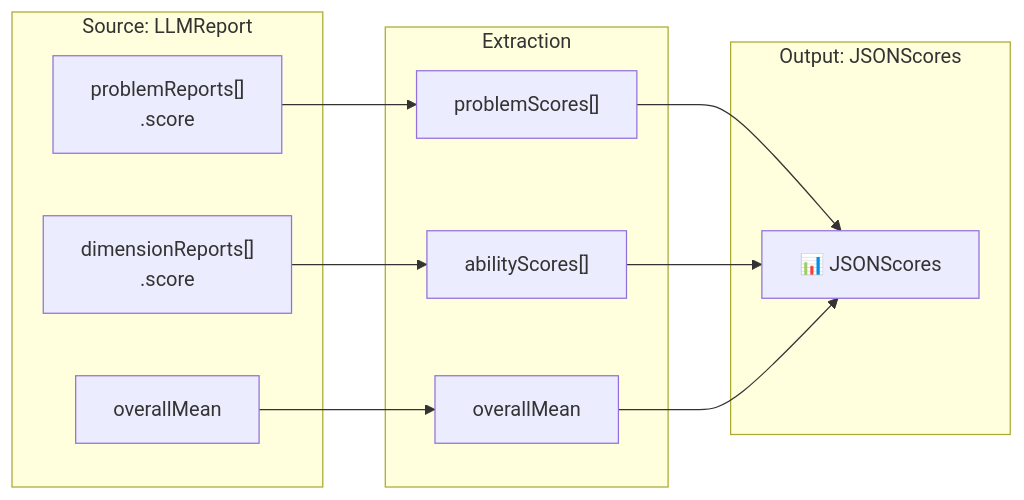
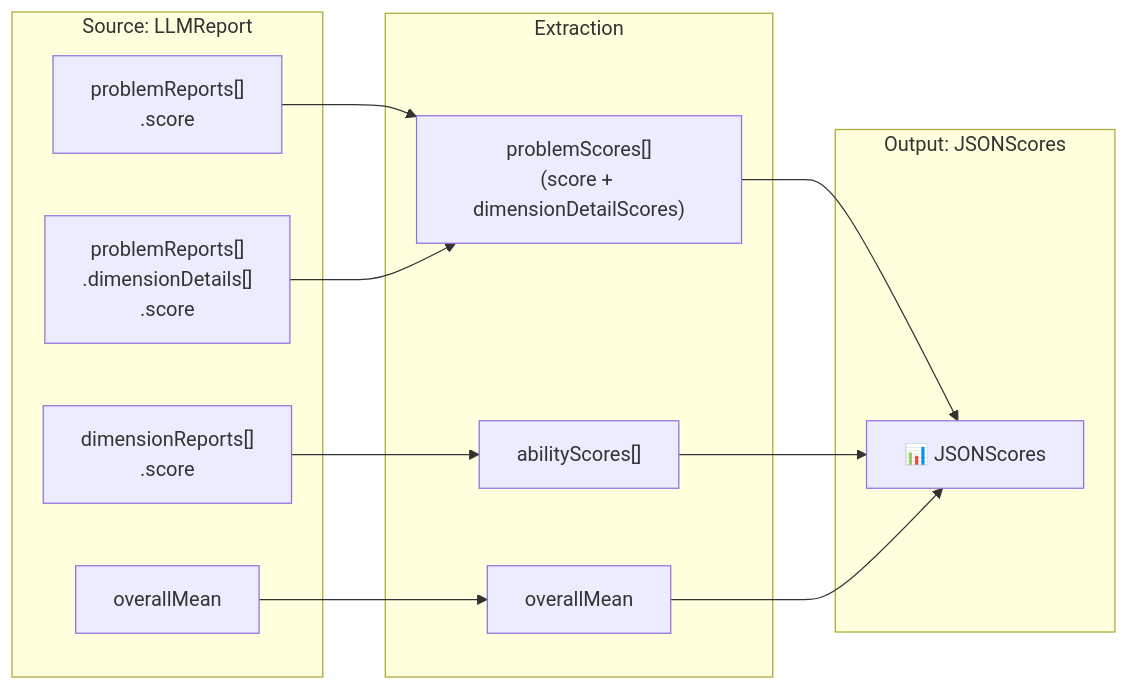
The third of 15 diagrams in score-post-llm-pipeline/schema-v1/pipeline-flow.md (paideia-ai/tech-doc-axiia), drawn with Mermaid before and after one commit. The commit also changed other lines of this file and 3 other files, not shown here.

Commit message:
schema-v1: align JSONScores and grade provenance

````diff
--- a/score-post-llm-pipeline/schema-v1/pipeline-flow.md
+++ b/score-post-llm-pipeline/schema-v1/pipeline-flow.md
@@ -121,20 +121,22 @@
 ```mermaid
 flowchart LR
     subgraph Source["Source: LLMReport"]
         PR["problemReports[]<br/>.score"]
+        DD["problemReports[]<br/>.dimensionDetails[]<br/>.score"]
         DR["dimensionReports[]<br/>.score"]
         OM["overallMean"]
     end
 
     subgraph Extract["Extraction"]
-        PR --> PS["problemScores[]"]
+        PR --> PS["problemScores[]<br/>(score + dimensionDetailScores)"]
+        DD --> PS
         DR --> AS["abilityScores[]"]
         OM --> Overall["overallMean"]
     end
 
     subgraph Output["Output: JSONScores"]
         PS --> JSONScores["📊 JSONScores"]
         AS --> JSONScores
         Overall --> JSONScores
     end
 ```
````
